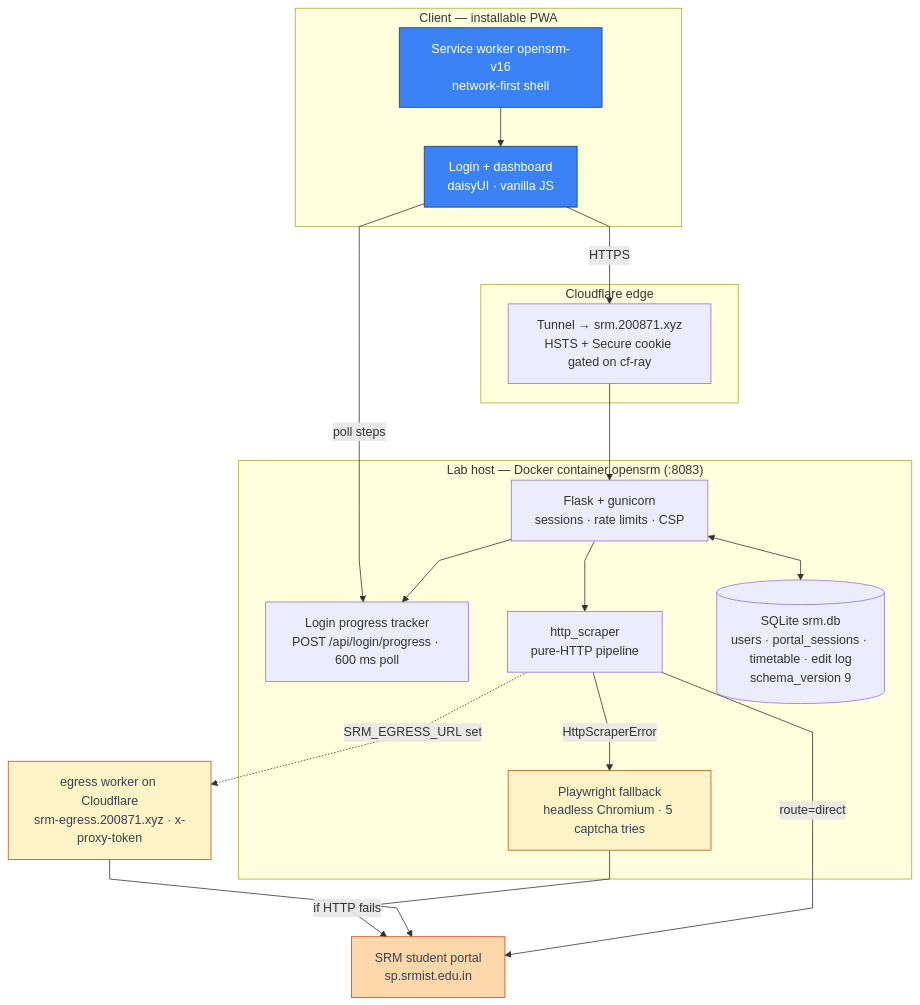
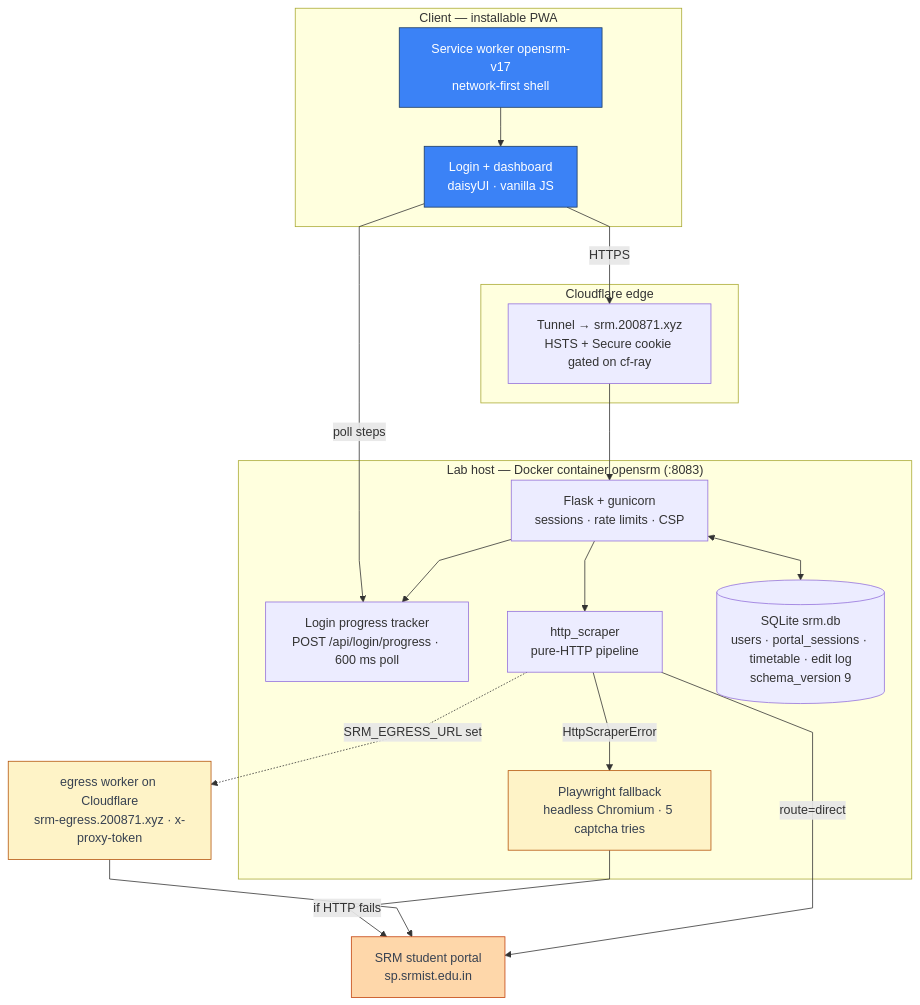
The first of 3 diagrams in README.md (thenabbu/OpenSRM), drawn with Mermaid before and after one commit. The commit also changed 9 other files, not shown here.

````diff
--- a/README.md
+++ b/README.md
@@ -65,43 +65,43 @@
 ```mermaid
 %%{init: {"flowchart": {"curve": "linear"}}}%%
 flowchart TD
     subgraph client["Client — installable PWA"]
         UI["Login + dashboard<br/>daisyUI · vanilla JS"]
-        SW["Service worker opensrm-v16<br/>network-first shell"]
+        SW["Service worker opensrm-v17<br/>network-first shell"]
     end
 
     subgraph edge["Cloudflare edge"]
         TUN["Tunnel → srm.200871.xyz<br/>HSTS + Secure cookie gated on cf-ray"]
     end
 
     subgraph lab["Lab host — Docker container opensrm (:8083)"]
         FL["Flask + gunicorn<br/>sessions · rate limits · CSP"]
         PROG["Login progress tracker<br/>POST /api/login/progress · 600 ms poll"]
         HS["http_scraper<br/>pure-HTTP pipeline"]
         PW["Playwright fallback<br/>headless Chromium · 5 captcha tries"]
         DB[("SQLite srm.db<br/>users · portal_sessions · timetable · edit log<br/>schema_version 9")]
         FL --> PROG
         FL <--> DB
         FL --> HS
         HS -->|"HttpScraperError"| PW
     end
 
     EG["egress worker on Cloudflare<br/>srm-egress.200871.xyz · x-proxy-token"]
     P["SRM student portal<br/>sp.srmist.edu.in"]
 
     UI -->|"HTTPS"| TUN
     TUN --> FL
     SW --> UI
     UI -->|"poll steps"| PROG
     HS -->|"route=direct"| P
     HS -.->|"SRM_EGRESS_URL set"| EG
     EG --> P
     PW -->|"if HTTP fails"| P
 
     classDef client fill:#3b82f6,stroke:#1e3a5f,color:#ffffff
     classDef conditional fill:#fef3c7,stroke:#b45309,color:#374151
     classDef external fill:#fed7aa,stroke:#c2410c,color:#374151
     class UI,SW client
     class PW,EG conditional
     class P external
 ```
````
